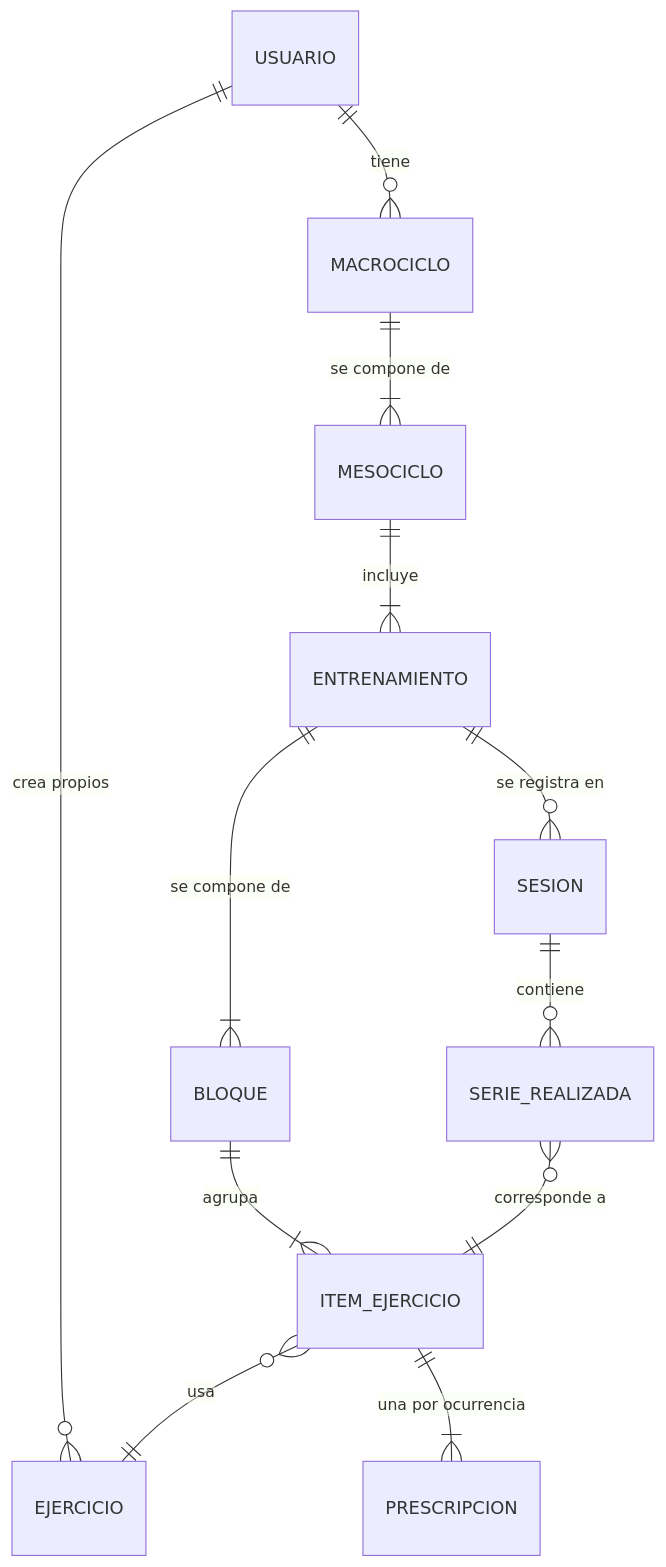
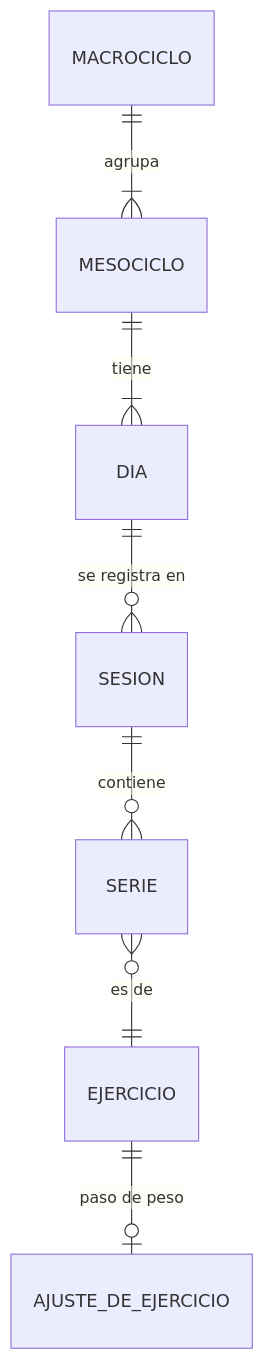
One commit to mdev-repos/mejorando-app changed the diagram in docs/02-dominio.md. Above: the diagram before and after it, drawn with Mermaid. The commit also changed other lines of this file and 27 other files, not shown here.

````diff
--- a/docs/02-dominio.md
+++ b/docs/02-dominio.md
@@ -149,14 +119,9 @@
 ```mermaid
 erDiagram
-    USUARIO ||--o{ MACROCICLO : tiene
-    USUARIO ||--o{ EJERCICIO : "crea propios"
-    MACROCICLO ||--|{ MESOCICLO : "se compone de"
-    MESOCICLO ||--|{ ENTRENAMIENTO : incluye
-    ENTRENAMIENTO ||--|{ BLOQUE : "se compone de"
-    BLOQUE ||--|{ ITEM_EJERCICIO : agrupa
-    ITEM_EJERCICIO }o--|| EJERCICIO : usa
-    ITEM_EJERCICIO ||--|{ PRESCRIPCION : "una por ocurrencia"
-    ENTRENAMIENTO ||--o{ SESION : "se registra en"
-    SESION ||--o{ SERIE_REALIZADA : contiene
-    SERIE_REALIZADA }o--|| ITEM_EJERCICIO : "corresponde a"
+    MACROCICLO ||--|{ MESOCICLO : agrupa
+    MESOCICLO ||--|{ DIA : tiene
+    DIA ||--o{ SESION : "se registra en"
+    SESION ||--o{ SERIE : contiene
+    SERIE }o--|| EJERCICIO : "es de"
+    EJERCICIO ||--o| AJUSTE_DE_EJERCICIO : "paso de peso"
 ```
````
